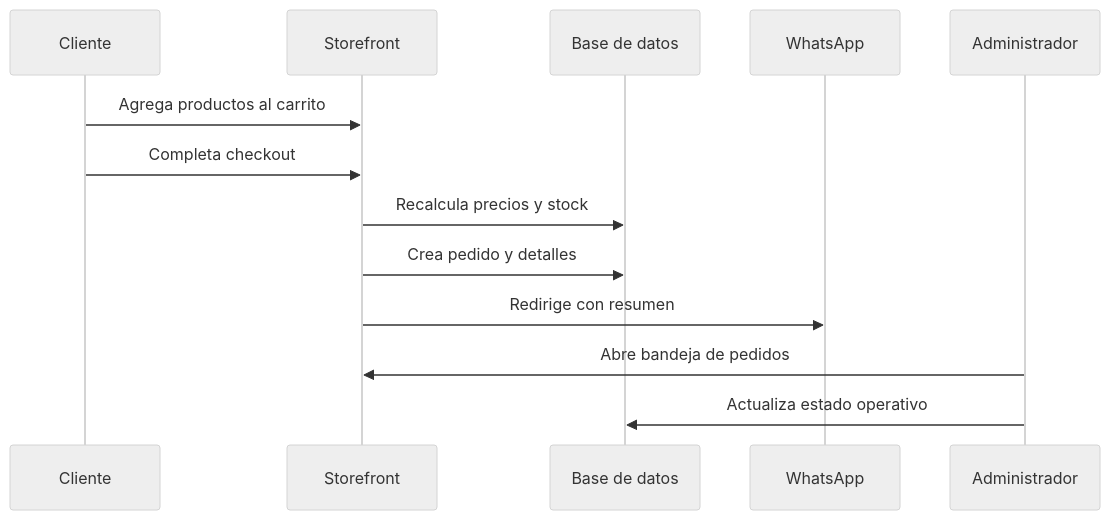
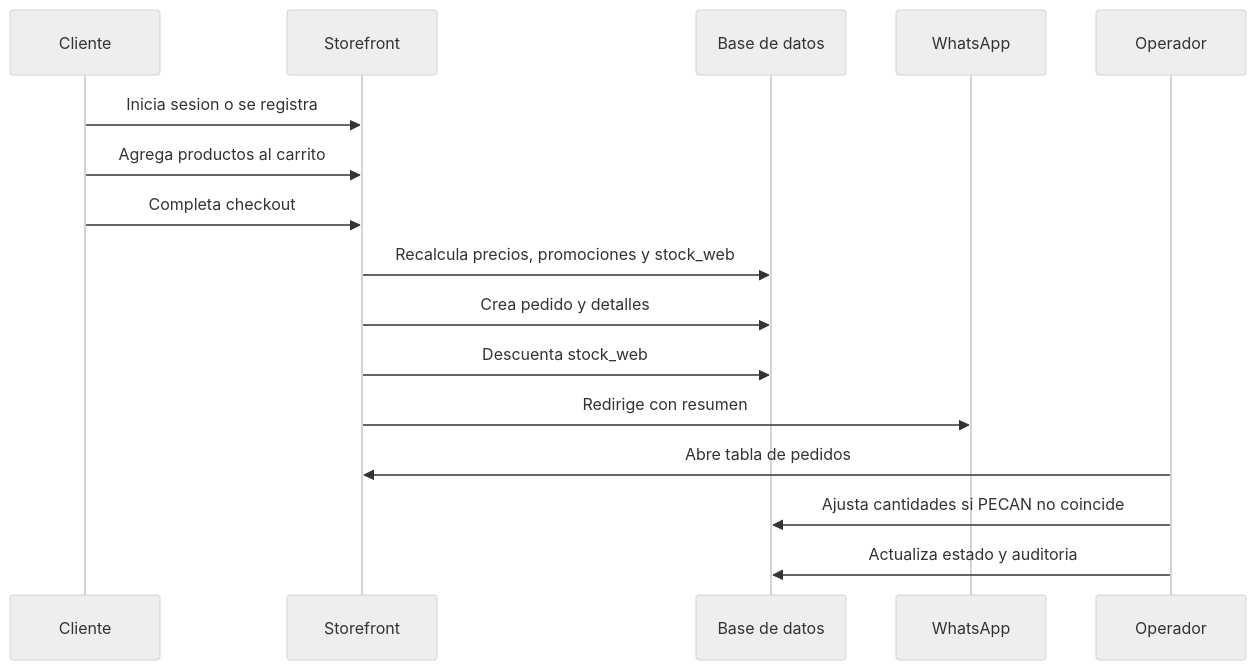
Before and after one commit to georgeelimelec-byte/tienda_km2: the fourth of 4 diagrams in outputs/architecture_docs/ARQUITECTURA_Y_DIAGRAMAS.md, drawn with Mermaid (neutral theme). The commit also changed other lines of this file and 59 other files, not shown here.

````diff
--- a/outputs/architecture_docs/ARQUITECTURA_Y_DIAGRAMAS.md
+++ b/outputs/architecture_docs/ARQUITECTURA_Y_DIAGRAMAS.md
@@ -58,16 +69,19 @@
 ```mermaid
 sequenceDiagram
     participant C as Cliente
     participant S as Storefront
     participant DB as Base de datos
     participant W as WhatsApp
-    participant A as Administrador
+    participant A as Operador
 
+    C->>S: Inicia sesion o se registra
     C->>S: Agrega productos al carrito
     C->>S: Completa checkout
-    S->>DB: Recalcula precios y stock
+    S->>DB: Recalcula precios, promociones y stock_web
     S->>DB: Crea pedido y detalles
+    S->>DB: Descuenta stock_web
     S->>W: Redirige con resumen
-    A->>S: Abre bandeja de pedidos
-    A->>DB: Actualiza estado operativo
+    A->>S: Abre tabla de pedidos
+    A->>DB: Ajusta cantidades si PECAN no coincide
+    A->>DB: Actualiza estado y auditoria
 ```
````
